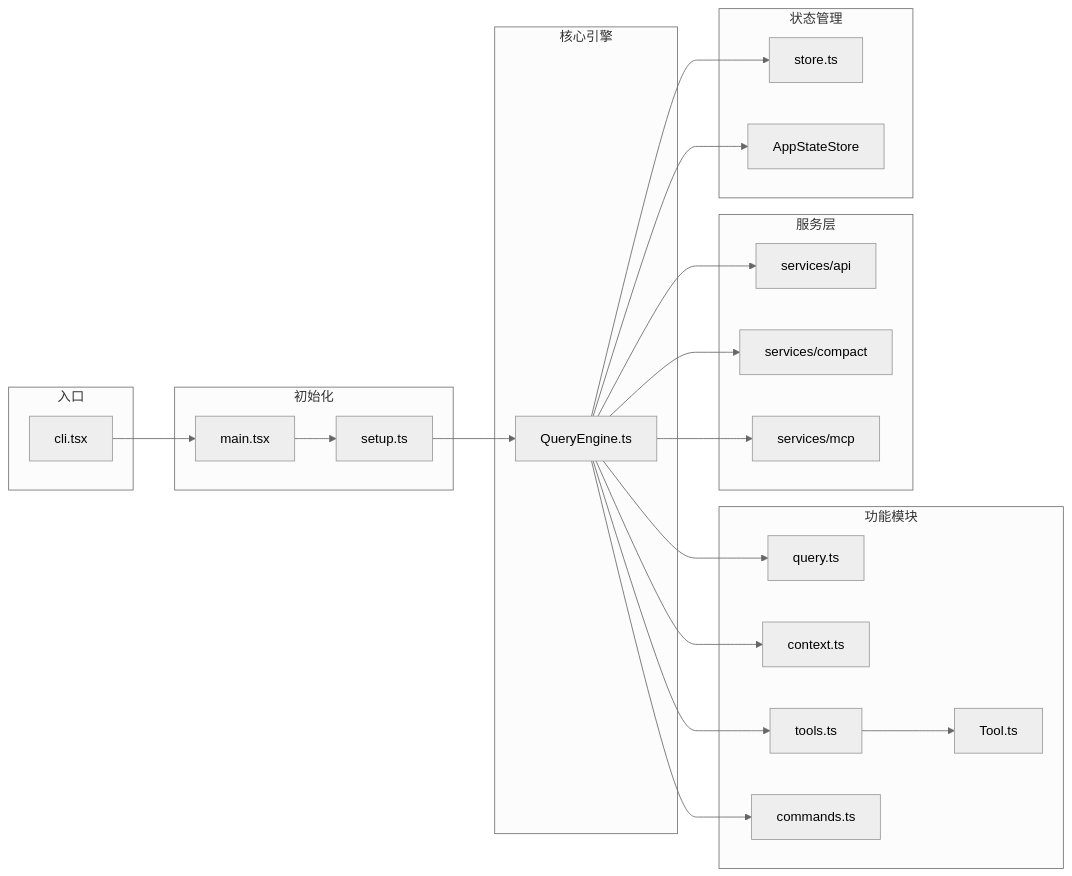
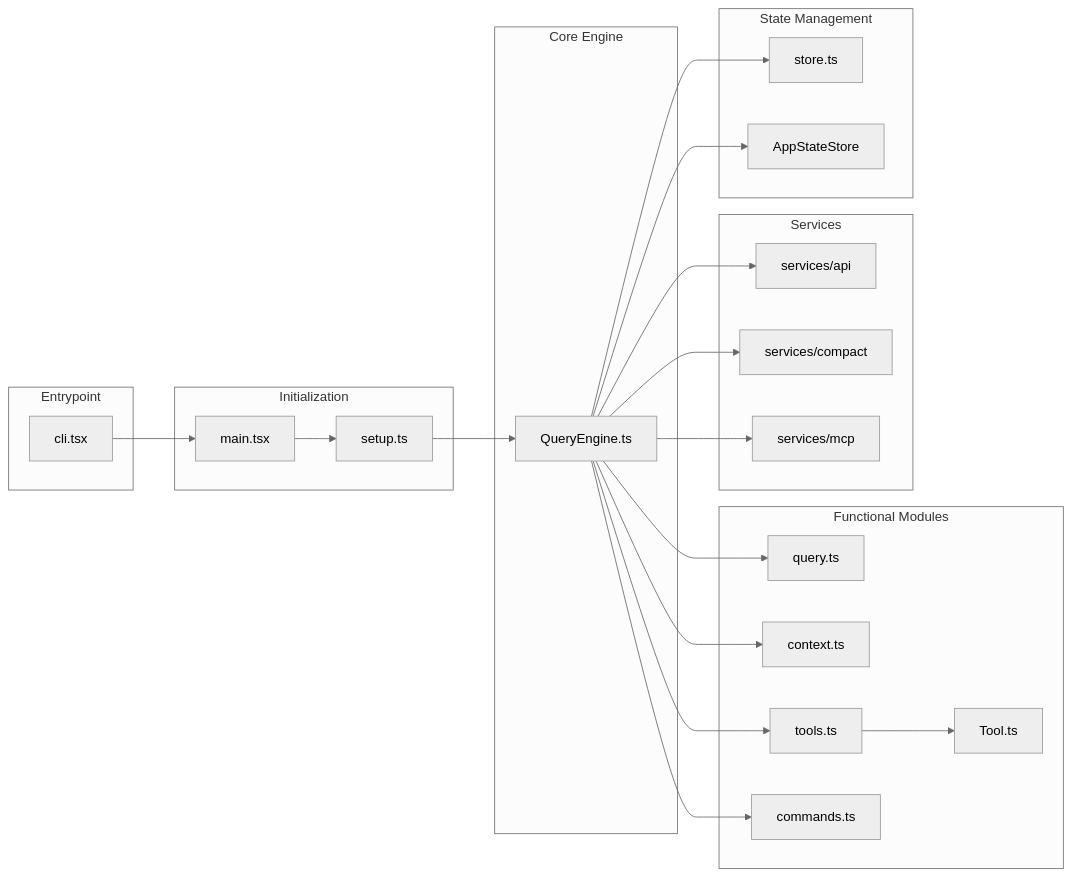
The second of 12 diagrams in analysis.md (zenHeart/claude-code-sourcemap), drawn with Mermaid (neutral theme) before and after one commit. The commit also changed other lines of this file, not shown here.

````diff
--- a/analysis.md
+++ b/analysis.md
@@ -79,46 +81,46 @@
 ```mermaid
 flowchart LR
-    subgraph 入口["入口"]
+    subgraph Entrypoint["Entrypoint"]
         A["cli.tsx"]
     end
 
-    subgraph 初始化["初始化"]
+    subgraph Init["Initialization"]
         B["main.tsx"]
         C["setup.ts"]
     end
 
-    subgraph 核心["核心引擎"]
+    subgraph Core["Core Engine"]
         D["QueryEngine.ts"]
     end
 
-    subgraph 模块["功能模块"]
+    subgraph Modules["Functional Modules"]
         E["query.ts"]
         F["context.ts"]
         G["tools.ts"]
         H["Tool.ts"]
         I["commands.ts"]
     end
 
-    subgraph 服务["服务层"]
+    subgraph Services["Services"]
         J["services/api"]
         K["services/compact"]
         L["services/mcp"]
     end
 
-    subgraph 状态["状态管理"]
+    subgraph State["State Management"]
         M["store.ts"]
         N["AppStateStore"]
     end
 
     A --> B --> C --> D
     D --> E
     D --> F
     D --> G
     G --> H
     D --> I
     D --> J
     D --> K
     D --> L
     D --> M
     D --> N
 ```
````
